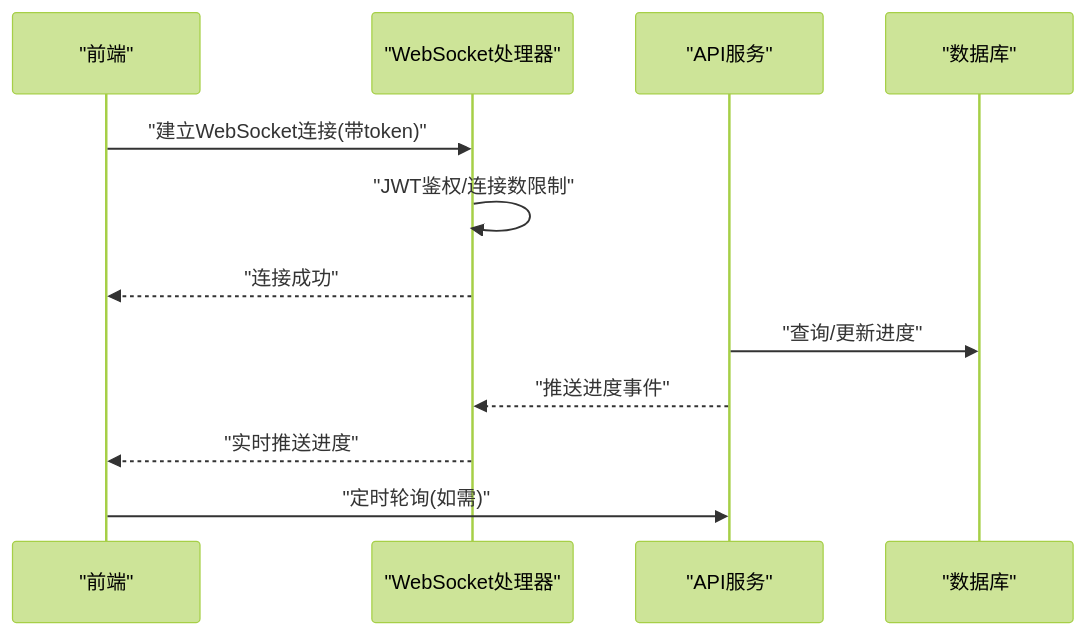
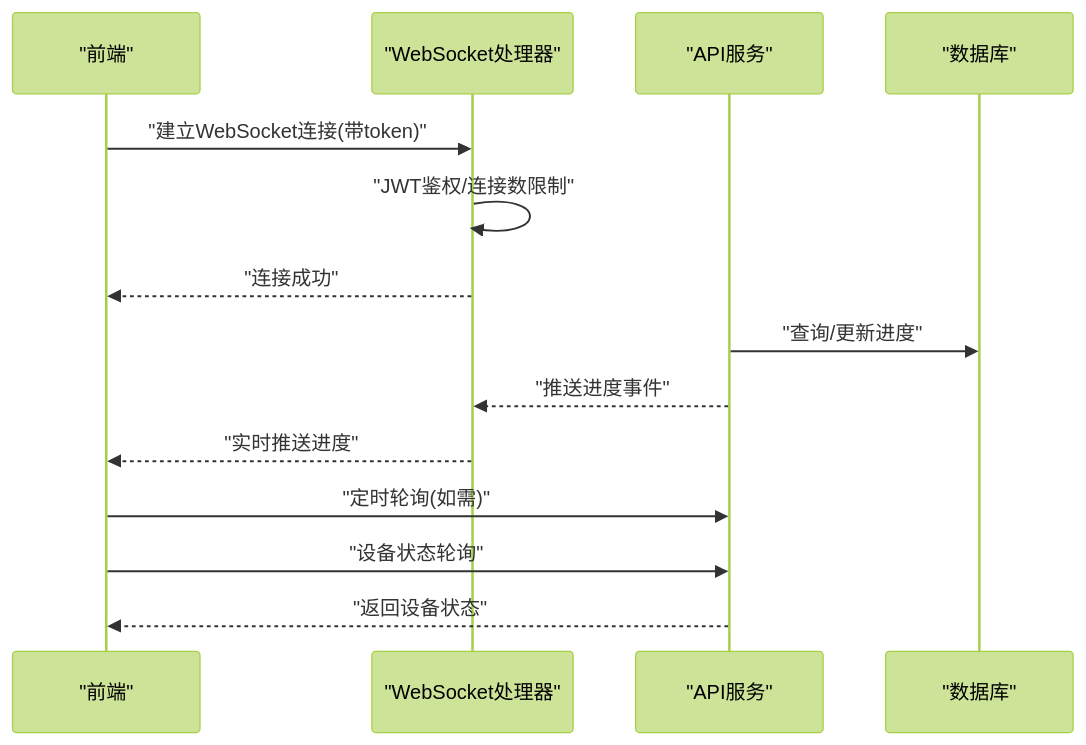
The fifth of 8 diagrams in .qoder/repowiki/zh/content/OTA升级系统/OTA任务调度/OTA进度跟踪.md (mcmrzy/cs_inv_monitor-develop), drawn with Mermaid (forest theme) before and after one commit. The commit also changed other lines of this file and 128 other files, not shown here.

````diff
--- a/.qoder/repowiki/zh/content/OTA升级系统/OTA任务调度/OTA进度跟踪.md
+++ b/.qoder/repowiki/zh/content/OTA升级系统/OTA任务调度/OTA进度跟踪.md
@@ -192,14 +226,16 @@
 ```mermaid
 sequenceDiagram
 participant FE as "前端"
 participant WS as "WebSocket处理器"
 participant API as "API服务"
 participant DB as "数据库"
 FE->>WS : "建立WebSocket连接(带token)"
 WS->>WS : "JWT鉴权/连接数限制"
 WS-->>FE : "连接成功"
 API->>DB : "查询/更新进度"
 API-->>WS : "推送进度事件"
 WS-->>FE : "实时推送进度"
 FE->>API : "定时轮询(如需)"
+FE->>API : "设备状态轮询"
+API-->>FE : "返回设备状态"
 ```
````
